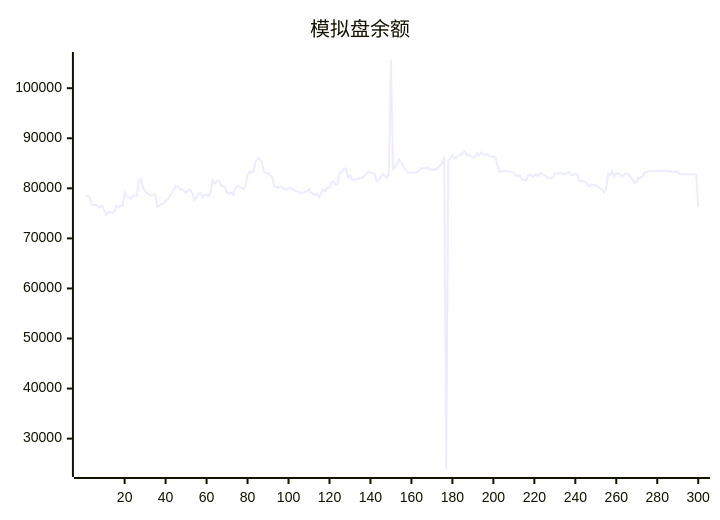
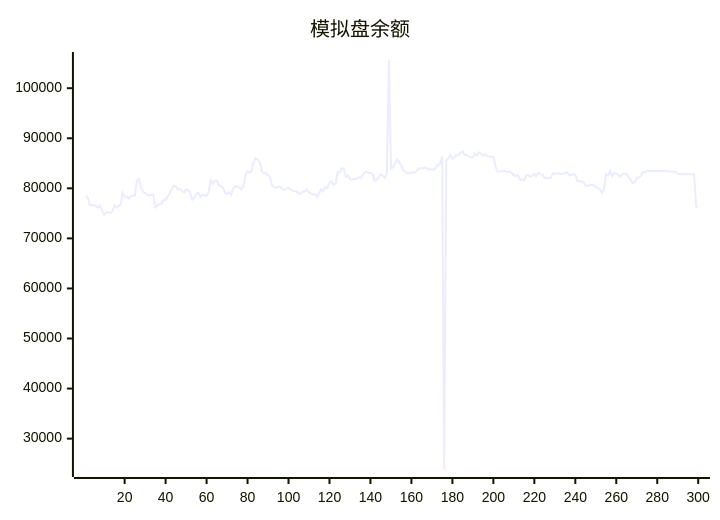
The diagram in README.md (aahl/ai-trading), drawn with Mermaid before and after one commit. The commit also changed other lines of this file and 1 other file, not shown here.

````diff
--- a/README.md
+++ b/README.md
@@ -5,5 +5,5 @@
 ```mermaid
 xychart
     title "模拟盘余额"
-    line [78357,78510,78106,76678,76677,76672,76411,76159,76485,75656,74695,75197,75246,75052,75334,76564,76179,76553,76551,79196,78300,78300,77944,78531,78531,78521,81564,81884,80160,79335,79055,78675,78580,78708,78764,76179,76586,76902,76876,77658,77669,78346,79023,79769,80497,80366,79761,79896,79448,79126,79749,79658,79097,77695,78114,78888,79126,78249,78738,78653,78478,79271,81680,80923,81488,81527,80681,80455,80190,79084,78879,79193,78686,79954,80403,80374,80118,79848,80491,82665,83351,83098,83525,85430,85983,85737,85221,83378,83014,83043,82613,82216,80477,80208,80081,80348,80277,79894,79670,79965,80093,79786,79542,79406,79371,78893,79087,79304,79406,79841,79072,78978,78696,78846,78272,79085,79787,79442,80198,80031,81120,81379,80718,80985,83214,83212,83993,83921,82270,82547,81776,81776,81866,81866,82158,82061,82596,83000,83408,83041,83050,82858,81503,81691,82188,82812,82517,82092,82901,105633,83898,84180,85030,85781,85178,84604,83569,83298,83008,83093,83107,83175,83228,83729,84025,84017,84019,84177,83775,83762,83785,83738,84160,84639,84939,86370,23934,85548,86046,86599,85942,86161,86622,86664,87115,87369,86666,86685,86384,86152,86243,86969,86548,87164,86885,86566,86809,86427,86348,86417,86273,84538,83299,83369,83430,83490,83404,83270,83362,83056,82605,82459,82614,81734,81788,81551,82598,82702,82320,82580,82878,82426,83139,82778,82686,82056,82166,81963,82110,82951,82983,82984,83038,82838,82915,82998,83235,82642,82682,82858,82746,81396,81512,81362,81277,80600,80461,80699,80673,80616,80288,80038,79836,79142,79722,82837,82533,83480,82366,83032,82960,82654,82330,82883,82934,82901,82188,81728,81005,81298,82110,82135,82449,83264,83203,83440,83439,83440,83440,83446,83447,83448,83447,83448,83449,83369,83369,83369,83313,83256,82872,82873,82801,82844,82785,82791,82791,82793,82794,76339]
+    line [78510,78106,76678,76677,76672,76411,76159,76485,75656,74695,75197,75246,75052,75334,76564,76179,76553,76551,79196,78300,78300,77944,78531,78531,78521,81564,81884,80160,79335,79055,78675,78580,78708,78764,76179,76586,76902,76876,77658,77669,78346,79023,79769,80497,80366,79761,79896,79448,79126,79749,79658,79097,77695,78114,78888,79126,78249,78738,78653,78478,79271,81680,80923,81488,81527,80681,80455,80190,79084,78879,79193,78686,79954,80403,80374,80118,79848,80491,82665,83351,83098,83525,85430,85983,85737,85221,83378,83014,83043,82613,82216,80477,80208,80081,80348,80277,79894,79670,79965,80093,79786,79542,79406,79371,78893,79087,79304,79406,79841,79072,78978,78696,78846,78272,79085,79787,79442,80198,80031,81120,81379,80718,80985,83214,83212,83993,83921,82270,82547,81776,81776,81866,81866,82158,82061,82596,83000,83408,83041,83050,82858,81503,81691,82188,82812,82517,82092,82901,105633,83898,84180,85030,85781,85178,84604,83569,83298,83008,83093,83107,83175,83228,83729,84025,84017,84019,84177,83775,83762,83785,83738,84160,84639,84939,86370,23934,85548,86046,86599,85942,86161,86622,86664,87115,87369,86666,86685,86384,86152,86243,86969,86548,87164,86885,86566,86809,86427,86348,86417,86273,84538,83299,83369,83430,83490,83404,83270,83362,83056,82605,82459,82614,81734,81788,81551,82598,82702,82320,82580,82878,82426,83139,82778,82686,82056,82166,81963,82110,82951,82983,82984,83038,82838,82915,82998,83235,82642,82682,82858,82746,81396,81512,81362,81277,80600,80461,80699,80673,80616,80288,80038,79836,79142,79722,82837,82533,83480,82366,83032,82960,82654,82330,82883,82934,82901,82188,81728,81005,81298,82110,82135,82449,83264,83203,83440,83439,83440,83440,83446,83447,83448,83447,83448,83449,83369,83369,83369,83313,83256,82872,82873,82801,82844,82785,82791,82791,82793,82794,76339,76145]
 ```
````
